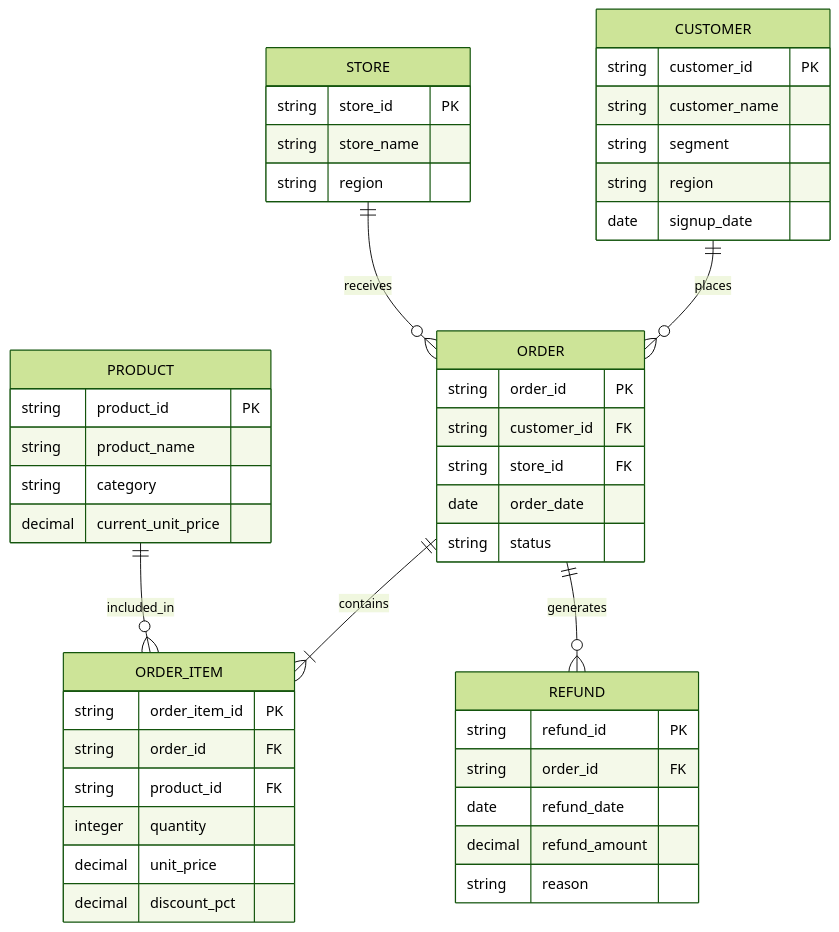
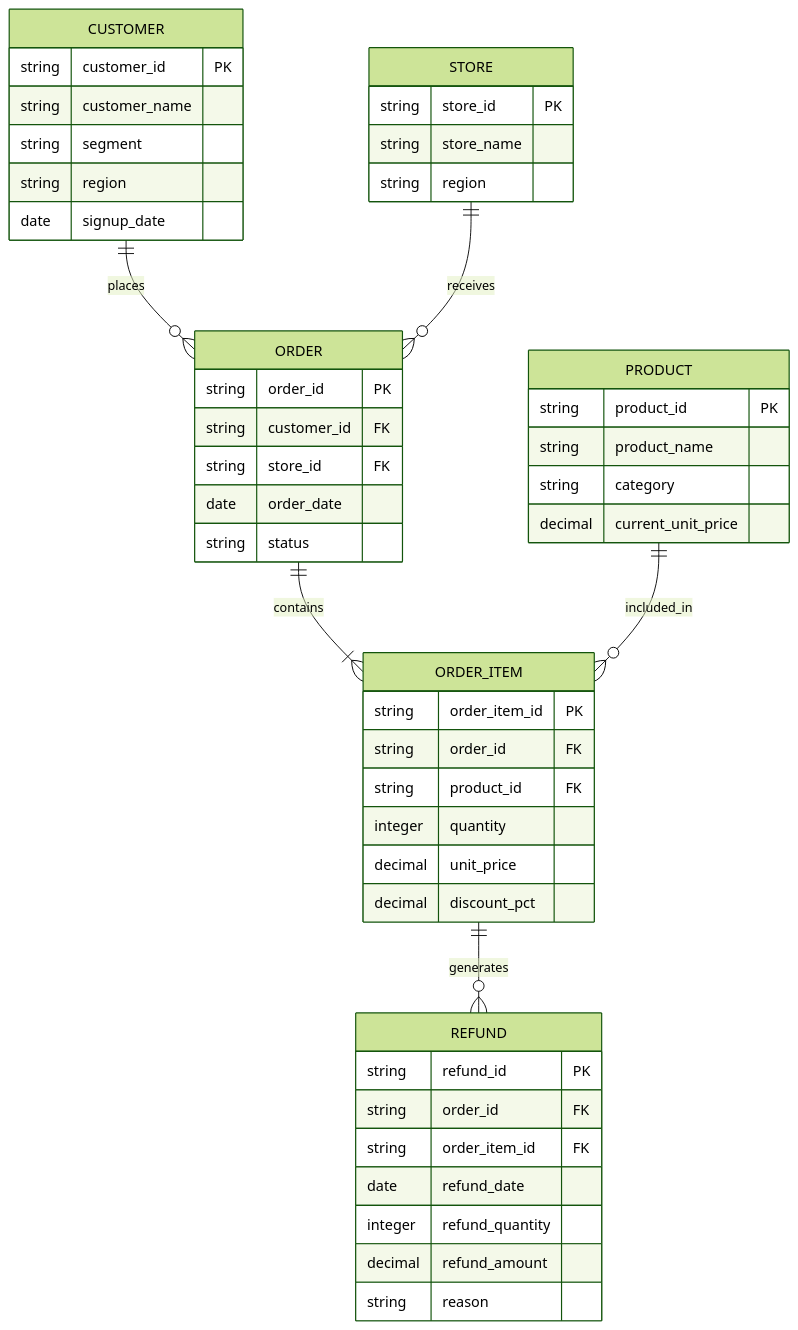
The diagram in docs/data-model.md (sai0212/semantic-lakehouse-ai), drawn with Mermaid (forest theme) before and after one commit. The commit also changed other lines of this file and 2 other files, not shown here.

````diff
--- a/docs/data-model.md
+++ b/docs/data-model.md
@@ -60,55 +58,57 @@
 ```mermaid
 erDiagram
 
     CUSTOMER ||--o{ ORDER : places
     STORE ||--o{ ORDER : receives
     ORDER ||--|{ ORDER_ITEM : contains
     PRODUCT ||--o{ ORDER_ITEM : included_in
-    ORDER ||--o{ REFUND : generates
+    ORDER_ITEM ||--o{ REFUND : generates
 
     CUSTOMER {
         string customer_id PK
         string customer_name
         string segment
         string region
         date signup_date
     }
 
     STORE {
         string store_id PK
         string store_name
         string region
     }
 
     PRODUCT {
         string product_id PK
         string product_name
         string category
         decimal current_unit_price
     }
 
     ORDER {
         string order_id PK
         string customer_id FK
         string store_id FK
         date order_date
         string status
     }
 
     ORDER_ITEM {
         string order_item_id PK
         string order_id FK
         string product_id FK
         integer quantity
         decimal unit_price
         decimal discount_pct
     }
 
     REFUND {
         string refund_id PK
         string order_id FK
+        string order_item_id FK
         date refund_date
+        integer refund_quantity
         decimal refund_amount
         string reason
     }
 ```
````
